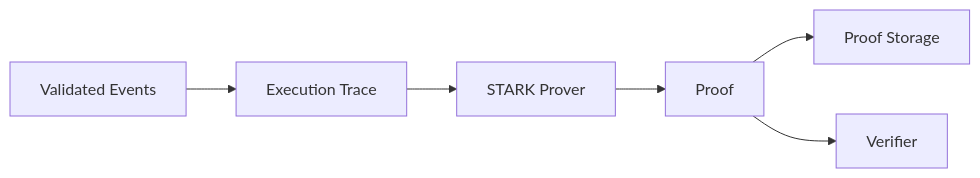
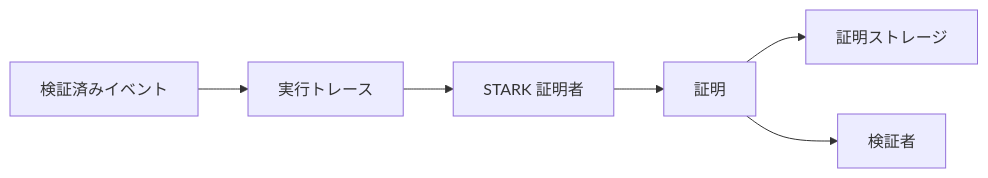
Diagram 13 of 47 in docs/whitepaper/12-infrastructure-cost.md (ShigeichiroYamasaki/creator-first-platform), drawn with Mermaid before and after one commit. The commit also changed other lines of this file and 72 other files, not shown here.

````diff
--- a/docs/whitepaper/12-infrastructure-cost.md
+++ b/docs/whitepaper/12-infrastructure-cost.md
@@ -550,13 +550,13 @@
 ```mermaid
 flowchart LR
-    EVENTS[Validated Events]
-    TRACE[Execution Trace]
-    PROVER[STARK Prover]
-    PROOF[Proof]
-    STORE[Proof Storage]
-    CHAIN[Verifier]
+    EVENTS[検証済みイベント]
+    TRACE[実行トレース]
+    PROVER[STARK 証明者]
+    PROOF[証明]
+    STORE[証明ストレージ]
+    CHAIN[検証者]
 
     EVENTS --> TRACE --> PROVER --> PROOF
     PROOF --> STORE
     PROOF --> CHAIN
 ```
````
